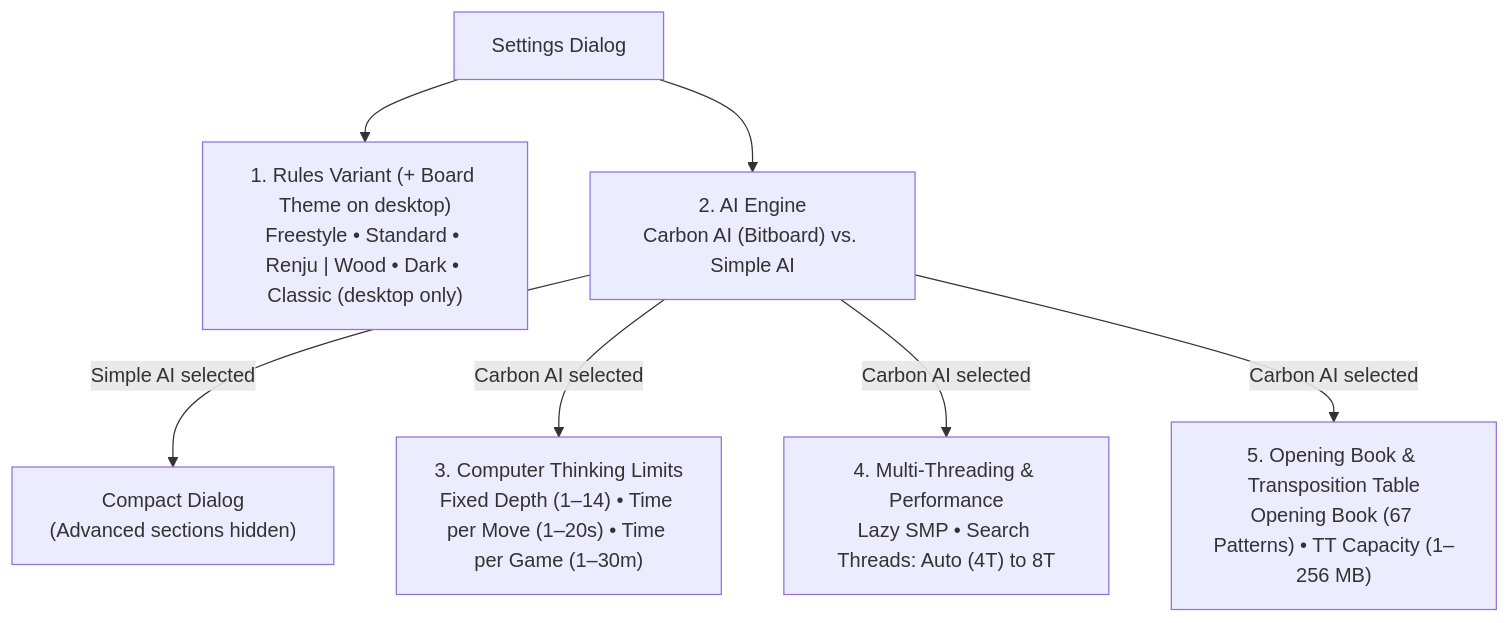
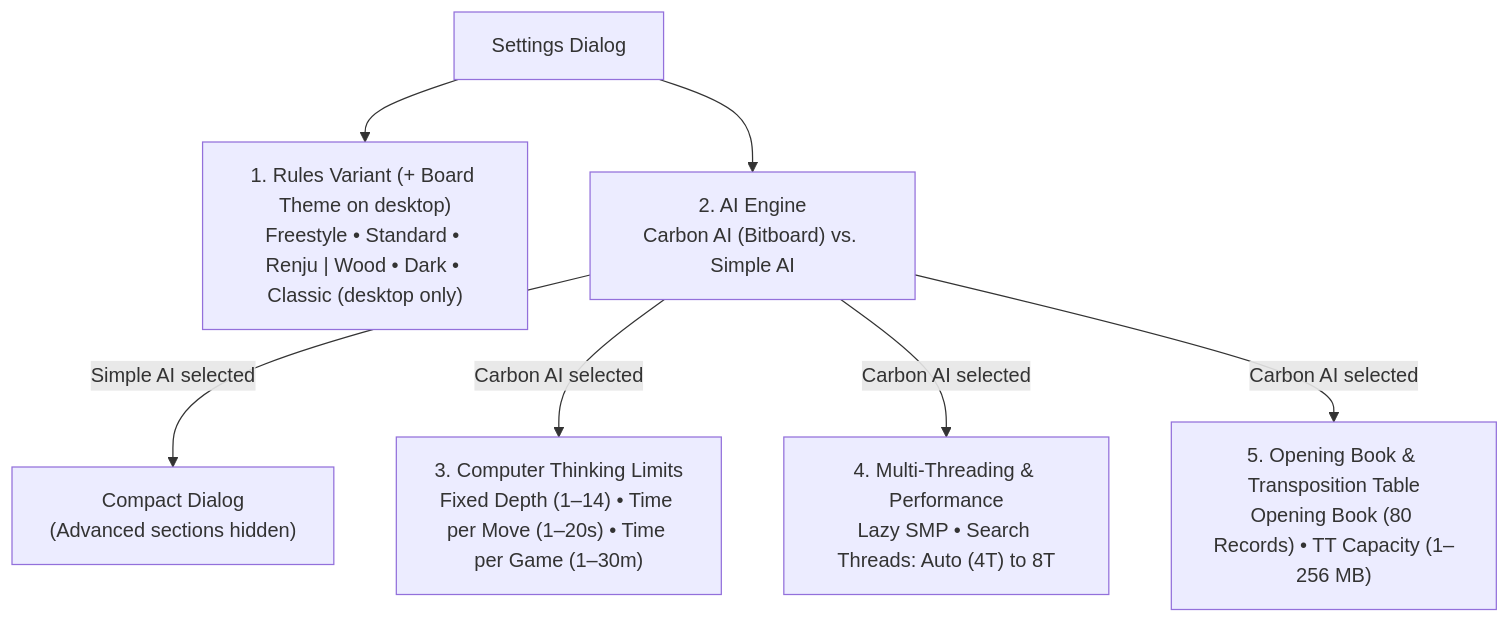
One commit to cjp-dev/Gomoku changed the second of 3 diagrams in docs/brain/14-gui-and-settings.md. Above: the diagram before and after it, drawn with Mermaid. The commit also changed other lines of this file and 17 other files, not shown here.

````diff
--- a/docs/brain/14-gui-and-settings.md
+++ b/docs/brain/14-gui-and-settings.md
@@ -162,10 +162,10 @@
 ```mermaid
 graph TD
     Settings["Settings Dialog"]
     Settings --> Section1["1. Rules Variant (+ Board Theme on desktop)<br/>Freestyle • Standard • Renju | Wood • Dark • Classic (desktop only)"]
     Settings --> Section2["2. AI Engine<br/>Carbon AI (Bitboard) vs. Simple AI"]
     Section2 -- "Simple AI selected" --> Simplified["Compact Dialog<br/>(Advanced sections hidden)"]
     Section2 -- "Carbon AI selected" --> Section3["3. Computer Thinking Limits<br/>Fixed Depth (1–14) • Time per Move (1–20s) • Time per Game (1–30m)"]
     Section2 -- "Carbon AI selected" --> Section4["4. Multi-Threading &amp; Performance<br/>Lazy SMP • Search Threads: Auto (4T) to 8T"]
-    Section2 -- "Carbon AI selected" --> Section5["5. Opening Book &amp; Transposition Table<br/>Opening Book (67 Patterns) • TT Capacity (1–256 MB)"]
+    Section2 -- "Carbon AI selected" --> Section5["5. Opening Book &amp; Transposition Table<br/>Opening Book (80 Records) • TT Capacity (1–256 MB)"]
 ```
````
